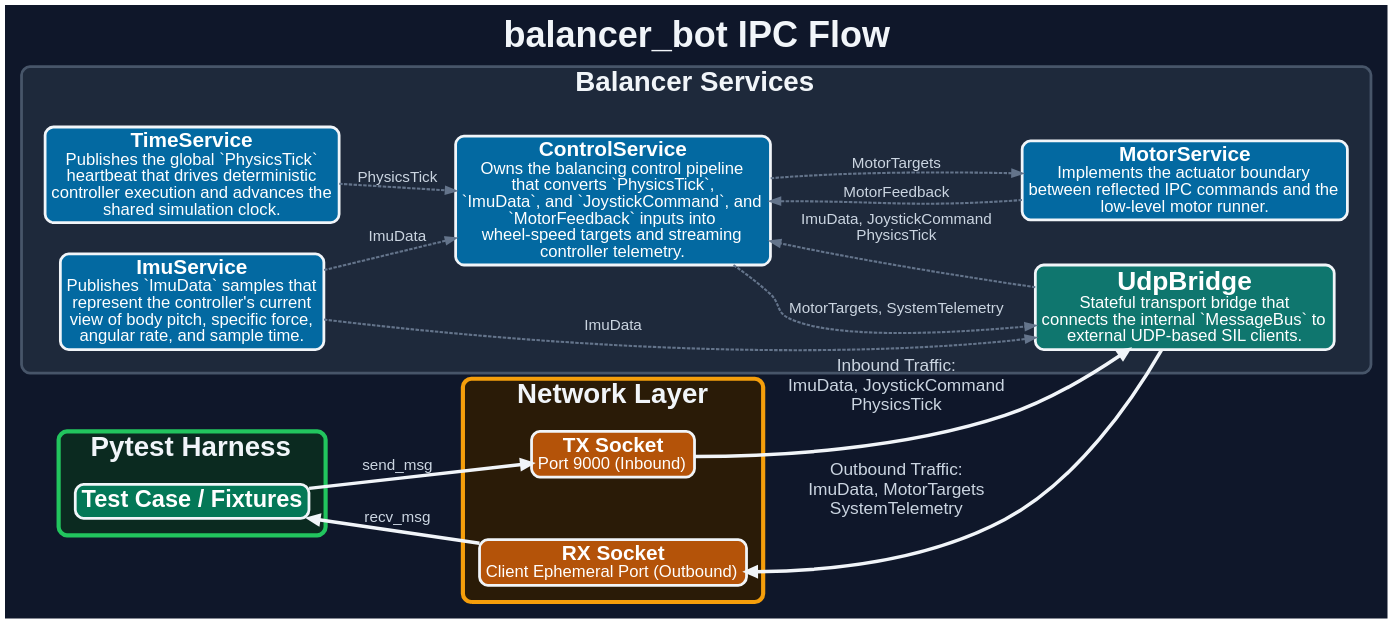
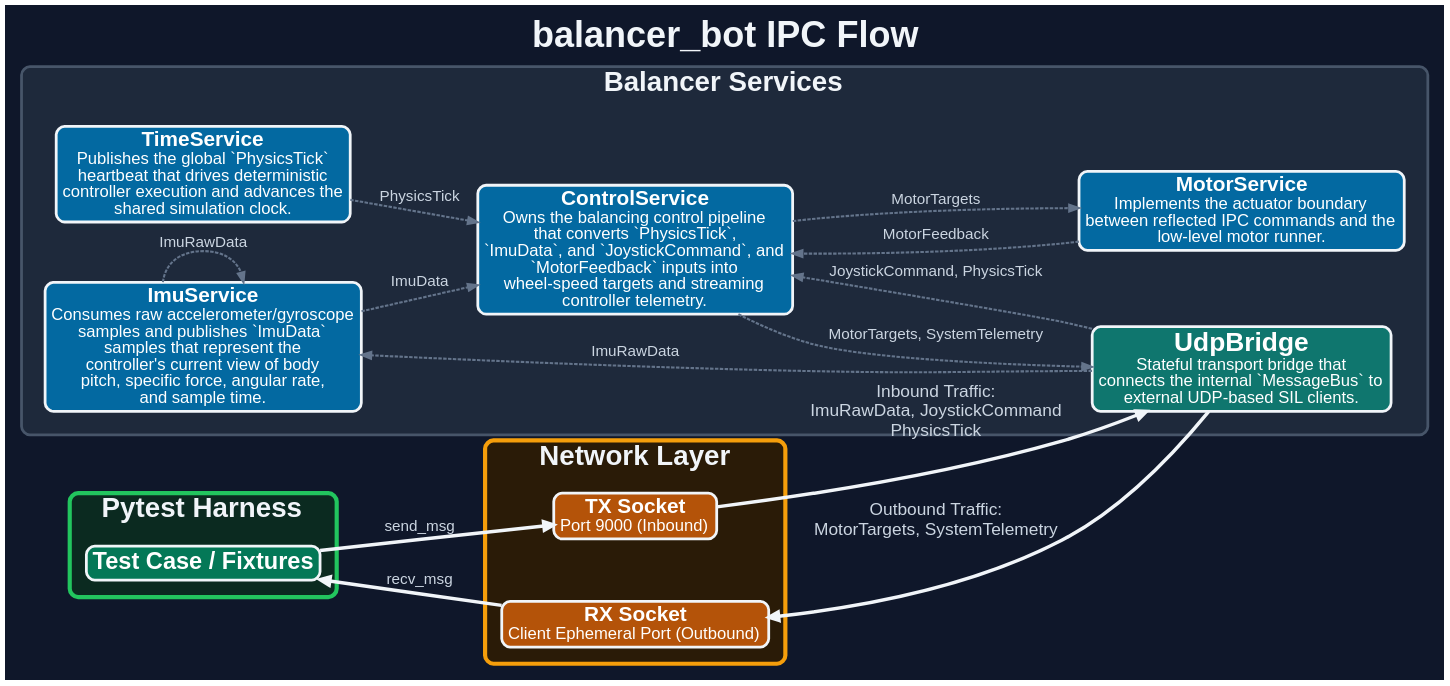
Before and after one commit to AxelBjork/balancer_bot: the diagram in doc/ipc/ipc_flow.dot, drawn with Graphviz. The commit also changed 36 other files, not shown here.

```diff
--- a/doc/ipc/ipc_flow.dot
+++ b/doc/ipc/ipc_flow.dot
@@ -1,92 +1,93 @@
 digraph IPC {
   rankdir=LR;
   bgcolor="#0F172A";
   pad=0.22;
   nodesep=0.62;
   ranksep=0.70;
   splines=spline;
   remincross=true;
 
   fontname="Helvetica,Arial,sans-serif";
   fontsize=52;
   fontcolor="#F1F5F9";
   label=<<B>balancer_bot IPC Flow</B>>;
   labelloc="t";
 
   node [fontname="Helvetica,Arial,sans-serif", shape=rect, style="filled,rounded", fixedsize=false, margin="0.12,0.08", fontsize=28, fontcolor="#FFFFFF", penwidth=4, color="#F1F5F9"];
 
   edge [fontname="Helvetica,Arial,sans-serif", fontsize=22, fontcolor="#CBD5E1", color="#64748B", penwidth=3.0, arrowsize=1.4, labelfloat=false, labeldistance=0.8, labelangle=10];
 
   subgraph cluster_sim {
     label=<<B><FONT POINT-SIZE="40">Balancer Services</FONT></B>>;
     fontcolor="#F1F5F9";
     style="rounded,filled";
     color="#475569";
     penwidth=4;
     fillcolor="#1E293B";
     margin=34;
     ImuService [
       fillcolor="#0369A1",
-      label=<<B><FONT POINT-SIZE="30">ImuService</FONT></B><BR/><FONT POINT-SIZE="24">Publishes `ImuData` samples that<BR/>represent the controller&apos;s current<BR/>view of body pitch, specific force,<BR/>angular rate, and sample time.</FONT>>
+      label=<<B><FONT POINT-SIZE="30">ImuService</FONT></B><BR/><FONT POINT-SIZE="24">Consumes raw accelerometer/gyroscope<BR/>samples and publishes `ImuData`<BR/>samples that represent the<BR/>controller&apos;s current view of body<BR/>pitch, specific force, angular rate,<BR/>and sample time.</FONT>>
     ];
     TimeService [
       fillcolor="#0369A1",
       label=<<B><FONT POINT-SIZE="30">TimeService</FONT></B><BR/><FONT POINT-SIZE="24">Publishes the global `PhysicsTick`<BR/>heartbeat that drives deterministic<BR/>controller execution and advances the<BR/>shared simulation clock.</FONT>>
     ];
     ControlService [
       fillcolor="#0369A1",
       label=<<B><FONT POINT-SIZE="30">ControlService</FONT></B><BR/><FONT POINT-SIZE="24">Owns the balancing control pipeline<BR/>that converts `PhysicsTick`,<BR/>`ImuData`, and `JoystickCommand`, and<BR/>`MotorFeedback` inputs into<BR/>wheel-speed targets and streaming<BR/>controller telemetry.</FONT>>
     ];
     MotorService [
       fillcolor="#0369A1",
       label=<<B><FONT POINT-SIZE="30">MotorService</FONT></B><BR/><FONT POINT-SIZE="24">Implements the actuator boundary<BR/>between reflected IPC commands and the<BR/>low-level motor runner.</FONT>>
     ];
     UdpBridge [
       fillcolor="#0F766E",
       label=<<B><FONT POINT-SIZE="38">UdpBridge</FONT></B><BR/><FONT POINT-SIZE="24">Stateful transport bridge that<BR/>connects the internal `MessageBus` to<BR/>external UDP-based SIL clients.</FONT>>
     ];
   }
 
   subgraph cluster_sockets {
     label=<<B><FONT POINT-SIZE="40">Network Layer</FONT></B>>;
     fontcolor="#F1F5F9";
     style="rounded,filled";
     color="#F59E0B";
     penwidth=6;
     fillcolor="#2A1B07";
     margin=24;
 
     { rank=same; TX; RX; }
 
     TX [fillcolor="#B45309", label=<<B><FONT POINT-SIZE="30">TX Socket</FONT></B><BR/><FONT POINT-SIZE="24">Port 9000 (Inbound)</FONT>>];
     RX [fillcolor="#B45309", label=<<B><FONT POINT-SIZE="30">RX Socket</FONT></B><BR/><FONT POINT-SIZE="24">Client Ephemeral Port (Outbound)</FONT>>];
     TX -> RX [style=invis, weight=50, constraint=false];
   }
 
   subgraph cluster_pytest {
     label=<<B><FONT POINT-SIZE="40">Pytest Harness</FONT></B>>;
     fontcolor="#F1F5F9";
     style="rounded,filled";
     color="#22C55E";
     penwidth=6;
     fillcolor="#0B2A20";
     margin=24;
 
     TestCase [fillcolor="#047857", label=<<B><FONT POINT-SIZE="34">Test Case / Fixtures</FONT></B>>];
   }
 
   TestCase -> TX [label="send_msg", color="#F1F5F9", penwidth=5];
-  TX -> UdpBridge [label="Inbound Traffic:\nImuData, JoystickCommand\nPhysicsTick", color="#F1F5F9", penwidth=5, fontsize=25];
+  TX -> UdpBridge [label="Inbound Traffic:\nImuRawData, JoystickCommand\nPhysicsTick", color="#F1F5F9", penwidth=5, fontsize=25];
 
   // Internal Service Logic
   ControlService -> MotorService [label="MotorTargets", style=dashed];
   ControlService -> UdpBridge [label="MotorTargets, SystemTelemetry", style=dashed];
   ImuService -> ControlService [label="ImuData", style=dashed];
-  ImuService -> UdpBridge [label="ImuData", style=dashed];
+  ImuService -> ImuService [label="ImuRawData", style=dashed];
   MotorService -> ControlService [label="MotorFeedback", style=dashed];
   TimeService -> ControlService [label="PhysicsTick", style=dashed];
-  UdpBridge -> ControlService [label="ImuData, JoystickCommand\nPhysicsTick", style=dashed];
+  UdpBridge -> ControlService [label="JoystickCommand, PhysicsTick", style=dashed];
+  UdpBridge -> ImuService [label="ImuRawData", style=dashed];
 
-  RX -> UdpBridge [label="Outbound Traffic:\nImuData, MotorTargets\nSystemTelemetry", color="#F1F5F9", penwidth=5, dir=back, fontsize=25, arrowtail=normal];
+  RX -> UdpBridge [label="Outbound Traffic:\nMotorTargets, SystemTelemetry", color="#F1F5F9", penwidth=5, dir=back, fontsize=25, arrowtail=normal];
   TestCase -> RX [label="recv_msg", color="#F1F5F9", penwidth=5, dir=back, arrowtail=normal];
 }
```
